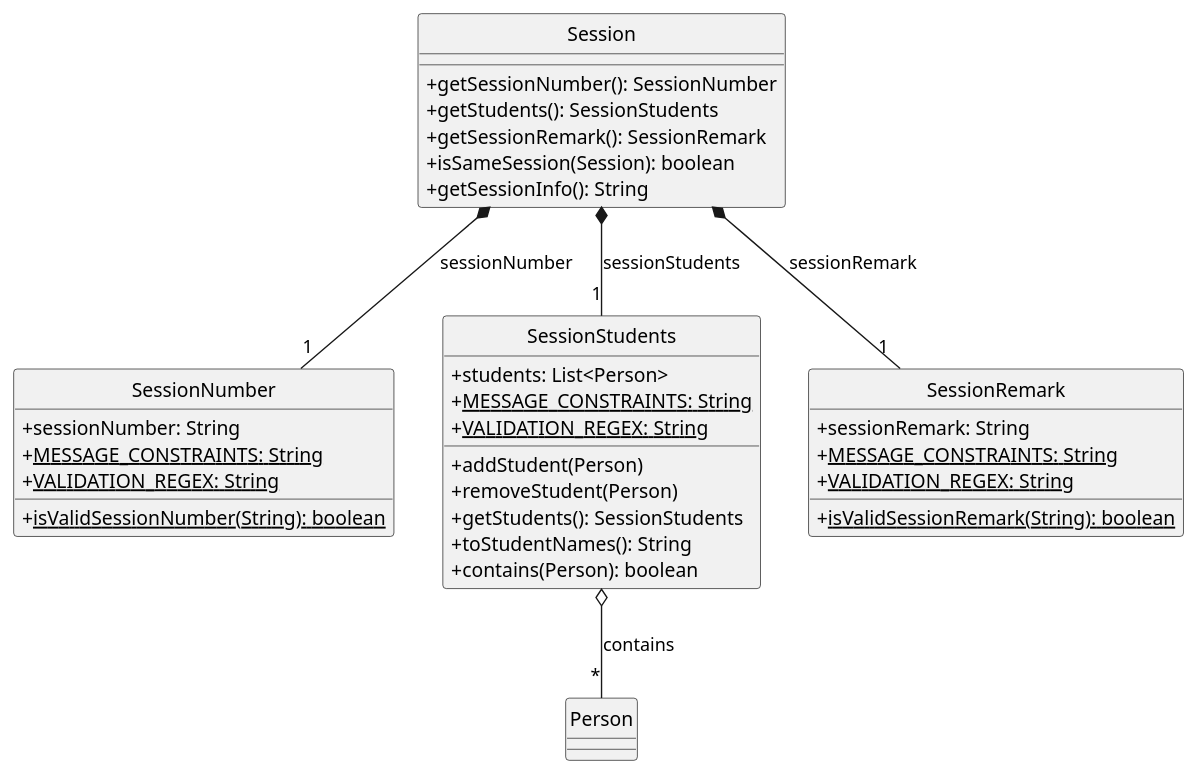
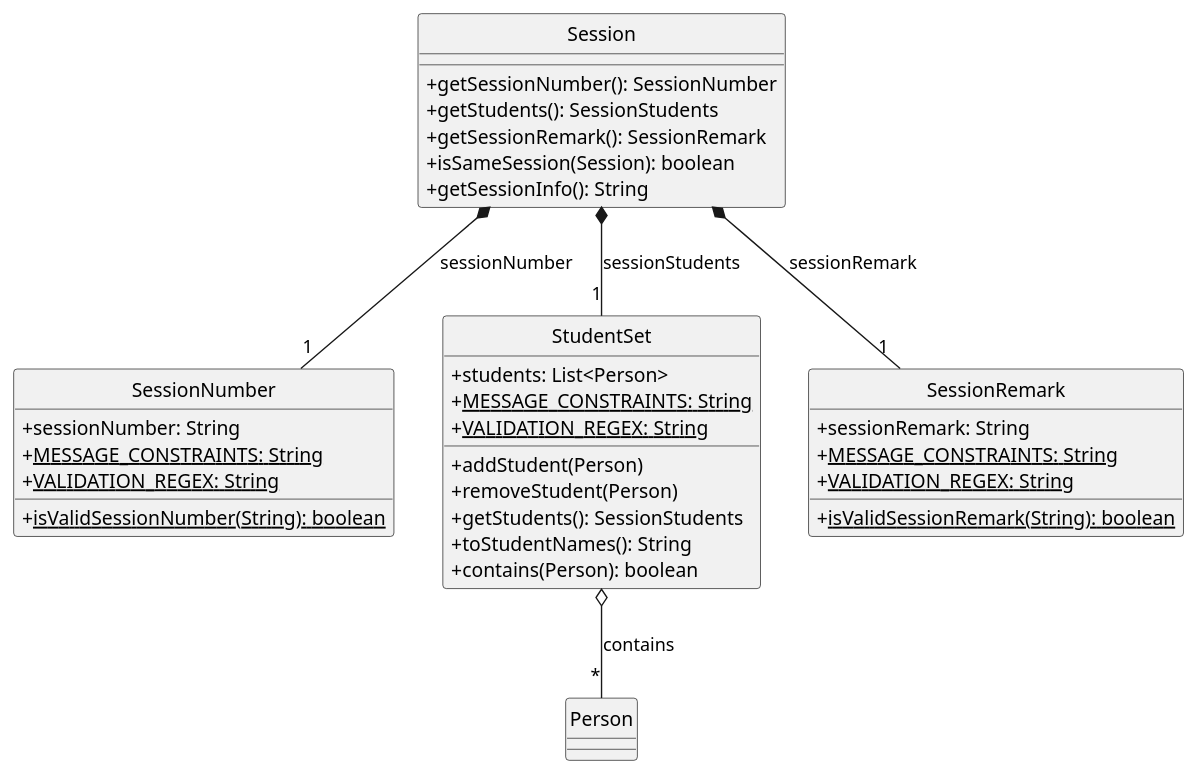
Before and after one commit to raydenlim/tp: the diagram in docs/diagrams/SessionClassUML.puml, drawn with PlantUML. The commit also changed 3 other files, not shown here.

```diff
--- a/docs/diagrams/SessionClassUML.puml
+++ b/docs/diagrams/SessionClassUML.puml
@@ -1,46 +1,46 @@
 @startuml Session
 hide circle
 skinparam classAttributeIconSize 0
 
 class Session {
   + getSessionNumber(): SessionNumber
   + getStudents(): SessionStudents
   + getSessionRemark(): SessionRemark
   + isSameSession(Session): boolean
   + getSessionInfo(): String
 }
 
 class SessionNumber {
   + sessionNumber: String
   + <u>MESSAGE_CONSTRAINTS: String
   + <u>VALIDATION_REGEX: String
   + <u>isValidSessionNumber(String): boolean
 }
 
-class SessionStudents {
+class StudentSet {
   + students: List<Person>
   + <u>MESSAGE_CONSTRAINTS: String
   + <u>VALIDATION_REGEX: String
   + addStudent(Person)
   + removeStudent(Person)
   + getStudents(): SessionStudents
   + toStudentNames(): String
   + contains(Person): boolean
 }
 
 class SessionRemark {
   + sessionRemark: String
   + <u>MESSAGE_CONSTRAINTS: String
   + <u>VALIDATION_REGEX: String
   + <u>isValidSessionRemark(String): boolean
 }
 
 class Person {
 }
 
 Session *-- "1" SessionNumber: sessionNumber
-Session *-- "1" SessionStudents: sessionStudents
+Session *-- "1" StudentSet: sessionStudents
 Session *-- "1" SessionRemark: sessionRemark
-SessionStudents o-- "*" Person: contains
+StudentSet o-- "*" Person: contains
 
 @enduml
```
